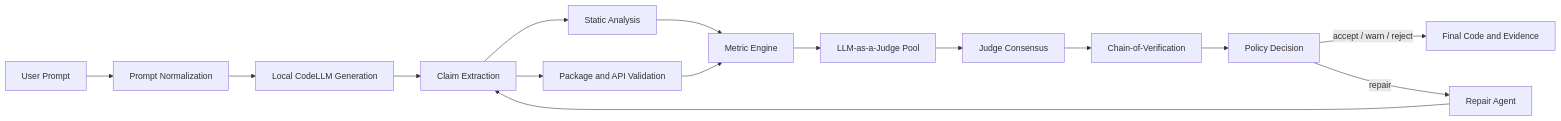
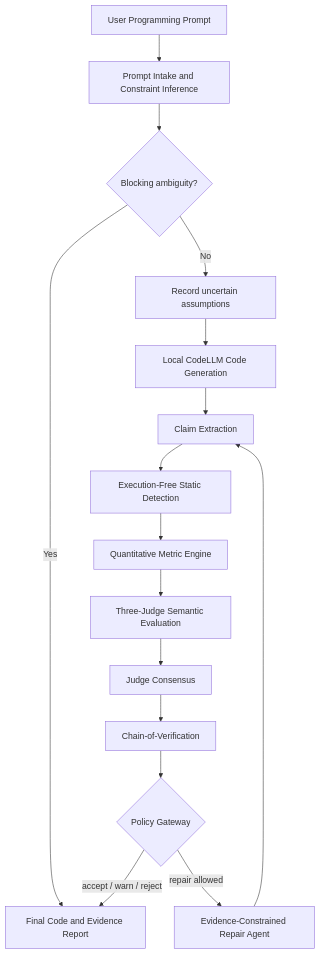
Before and after one commit to FarhanTausif/SPL-3: the eighth of 8 diagrams in SRS/DeHalu_SRS.md, drawn with Mermaid. The commit also changed other lines of this file and 1 other file, not shown here.

````diff
--- a/SRS/DeHalu_SRS.md
+++ b/SRS/DeHalu_SRS.md
@@ -588,25 +663,24 @@
 ```mermaid
-flowchart LR
-    Prompt[User Prompt]
-    Normalize[Prompt Normalization]
-    Generate[Local CodeLLM Generation]
+flowchart TD
+    Prompt[User Programming Prompt]
+    Intake[Prompt Intake and Constraint Inference]
+    Clarify{Blocking ambiguity?}
+    Assumptions[Record uncertain assumptions]
+    Generate[Local CodeLLM Code Generation]
     Claims[Claim Extraction]
-    Static[Static Analysis]
-    Tools[Package and API Validation]
-    Metrics[Metric Engine]
-    JudgePool[LLM-as-a-Judge Pool]
+    Static[Execution-Free Static Detection]
+    Metrics[Quantitative Metric Engine]
+    Judges[Three-Judge Semantic Evaluation]
     Consensus[Judge Consensus]
     CoVe[Chain-of-Verification]
-    Policy[Policy Decision]
-    Repair[Repair Agent]
-    Output[Final Code and Evidence]
+    Policy{Policy Gateway}
+    Repair[Evidence-Constrained Repair Agent]
+    Final[Final Code and Evidence Report]
 
-    Prompt --> Normalize --> Generate --> Claims
-    Claims --> Static
-    Claims --> Tools
-    Static --> Metrics
-    Tools --> Metrics
-    Metrics --> JudgePool --> Consensus --> CoVe --> Policy
-    Policy -->|accept / warn / reject| Output
-    Policy -->|repair| Repair --> Claims
+    Prompt --> Intake --> Clarify
+    Clarify -->|Yes| Final
+    Clarify -->|No| Assumptions --> Generate --> Claims --> Static --> Metrics
+    Metrics --> Judges --> Consensus --> CoVe --> Policy
+    Policy -->|accept / warn / reject| Final
+    Policy -->|repair allowed| Repair --> Claims
 ```
````
